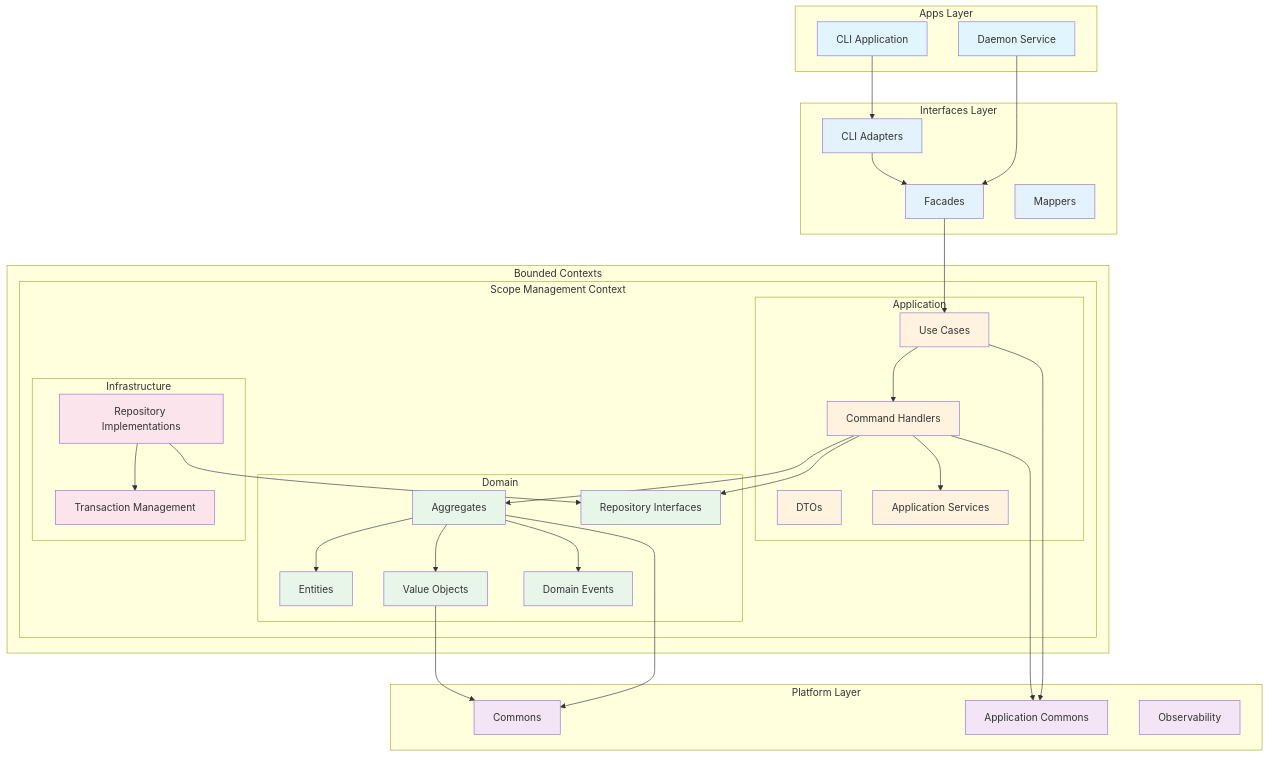
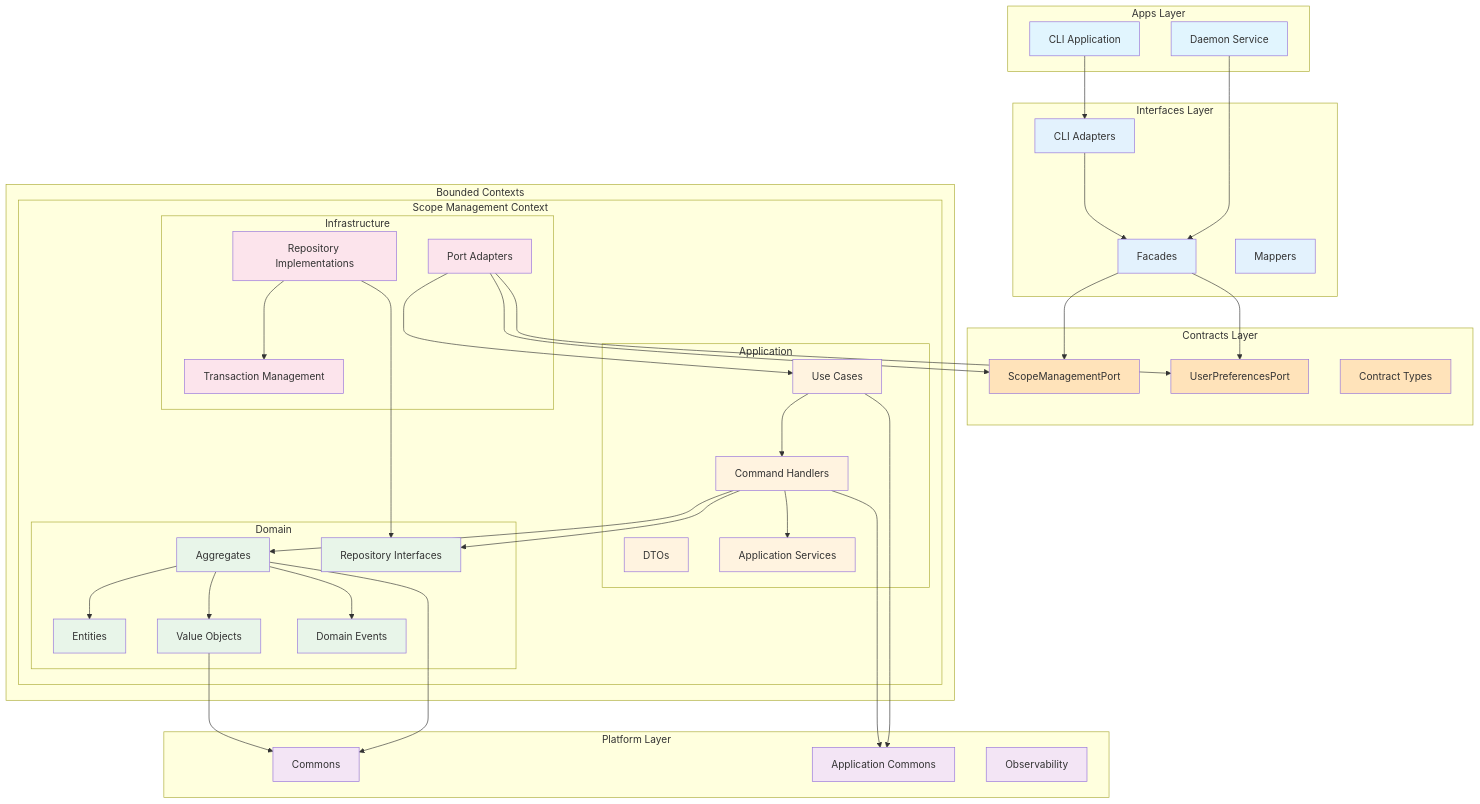
The diagram in docs/explanation/clean-architecture.md (kamiazya/scopes), drawn with Mermaid before and after one commit. The commit also changed other lines of this file and 126 other files, not shown here.

````diff
--- a/docs/explanation/clean-architecture.md
+++ b/docs/explanation/clean-architecture.md
@@ -17,6 +17,12 @@
         CLIADAPTER[CLI Adapters]
         FACADE[Facades]
         MAPPER[Mappers]
+    end
+    
+    subgraph "Contracts Layer"
+        SMP[ScopeManagementPort]
+        UPP[UserPreferencesPort]
+        CONTRACTS[Contract Types]
     end
     
     subgraph "Bounded Contexts"
@@ -39,6 +45,7 @@
             subgraph "Infrastructure"
                 IMPL[Repository Implementations]
                 TRANS[Transaction Management]
+                ADAPTERS[Port Adapters]
             end
         end
     end
@@ -53,7 +60,12 @@
     DAEMON --> FACADE
     
     CLIADAPTER --> FACADE
-    FACADE --> UC
+    FACADE --> SMP
+    FACADE --> UPP
+    
+    ADAPTERS --> SMP
+    ADAPTERS --> UPP
+    ADAPTERS --> UC
     
     UC --> CMD
     CMD --> AGG
@@ -74,6 +86,7 @@
     
     classDef apps fill:#e1f5fe
     classDef interfaces fill:#e3f2fd
+    classDef contracts fill:#ffe3ba
     classDef application fill:#fff3e0
     classDef domain fill:#e8f5e9
     classDef infrastructure fill:#fce4ec
@@ -81,8 +94,9 @@
     
     class CLI,DAEMON apps
     class CLIADAPTER,FACADE,MAPPER interfaces
+    class SMP,UPP,CONTRACTS contracts
     class UC,CMD,DTO,APPSERVICE application
     class AGG,ENT,VO,EVT,REPO domain
-    class IMPL,TRANS infrastructure
+    class IMPL,TRANS,ADAPTERS infrastructure
     class COMMONS,APPCOMMONS,OBS platform
 ```
````
